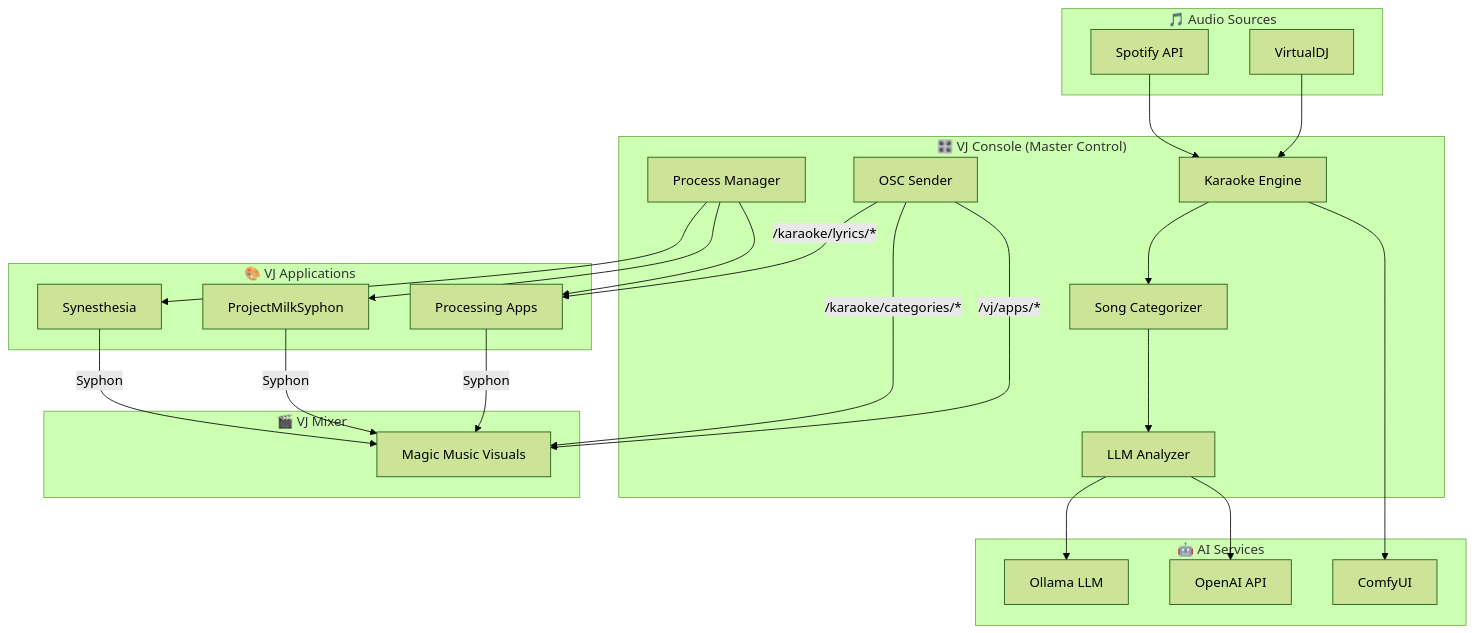
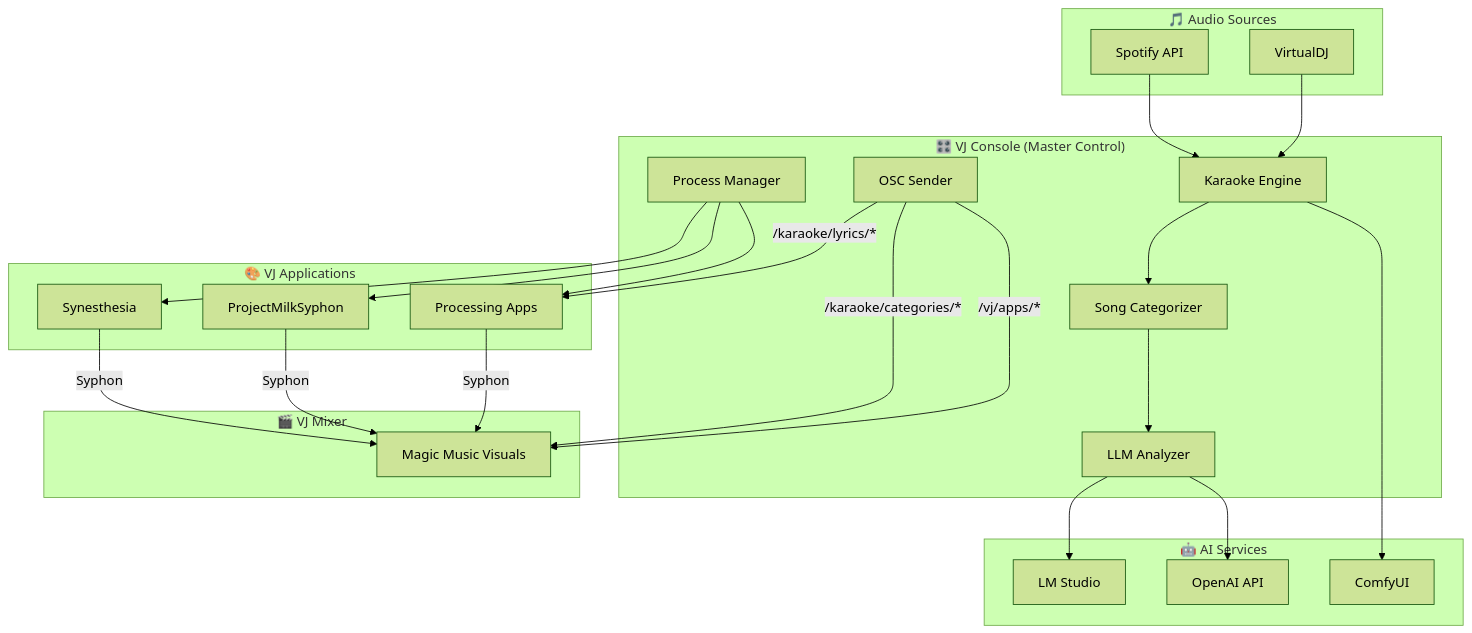
One commit to abossard/synesthesia-visuals changed the diagram in python-vj/README.md. Above: the diagram before and after it, drawn with Mermaid (forest theme). The commit also changed other lines of this file and 8 other files, not shown here.

````diff
--- a/python-vj/README.md
+++ b/python-vj/README.md
@@ -132,52 +132,52 @@
 ```mermaid
 flowchart TB
     subgraph Input["🎵 Audio Sources"]
         Spotify[Spotify API]
         VDJ[VirtualDJ]
     end
 
     subgraph Console["🎛️ VJ Console (Master Control)"]
         KaraokeEngine[Karaoke Engine]
         SongCategorizer[Song Categorizer]
         LLMAnalyzer[LLM Analyzer]
         ProcessManager[Process Manager]
         OSCSender[OSC Sender]
     end
 
     subgraph AI["🤖 AI Services"]
-        Ollama[Ollama LLM]
+        LMStudio[LM Studio]
         OpenAI[OpenAI API]
         ComfyUI[ComfyUI]
     end
 
     subgraph VJApps["🎨 VJ Applications"]
         Synesthesia[Synesthesia]
         MilkSyphon[ProjectMilkSyphon]
         Processing[Processing Apps]
     end
 
     subgraph Mixer["🎬 VJ Mixer"]
         Magic[Magic Music Visuals]
     end
 
     Spotify --> KaraokeEngine
     VDJ --> KaraokeEngine
     
     KaraokeEngine --> SongCategorizer
     SongCategorizer --> LLMAnalyzer
-    LLMAnalyzer --> Ollama
+    LLMAnalyzer --> LMStudio
     LLMAnalyzer --> OpenAI
     KaraokeEngine --> ComfyUI
     
     ProcessManager --> Synesthesia
     ProcessManager --> MilkSyphon
     ProcessManager --> Processing
     
     OSCSender -->|/karaoke/lyrics/*| Processing
     OSCSender -->|/karaoke/categories/*| Magic
     OSCSender -->|/vj/apps/*| Magic
     
     Synesthesia -->|Syphon| Magic
     MilkSyphon -->|Syphon| Magic
     Processing -->|Syphon| Magic
 ```
````
